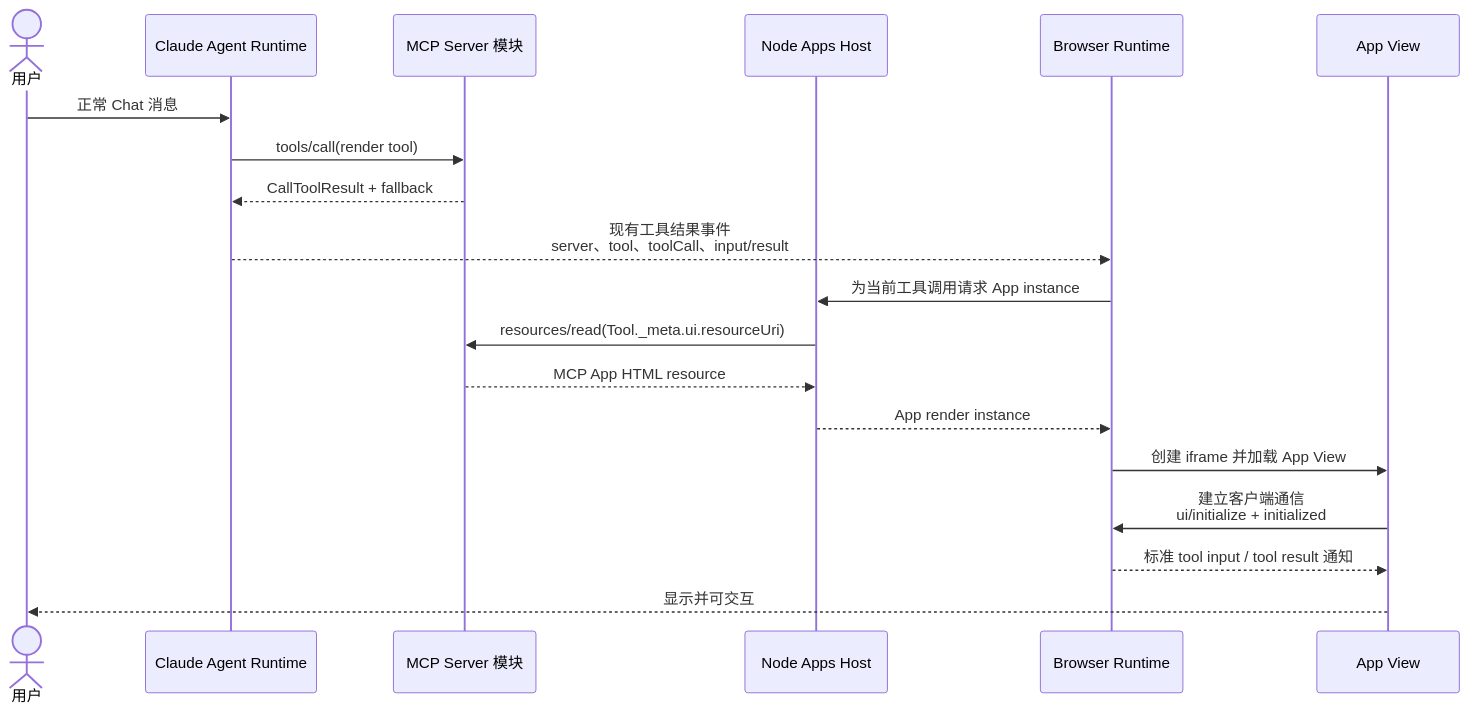
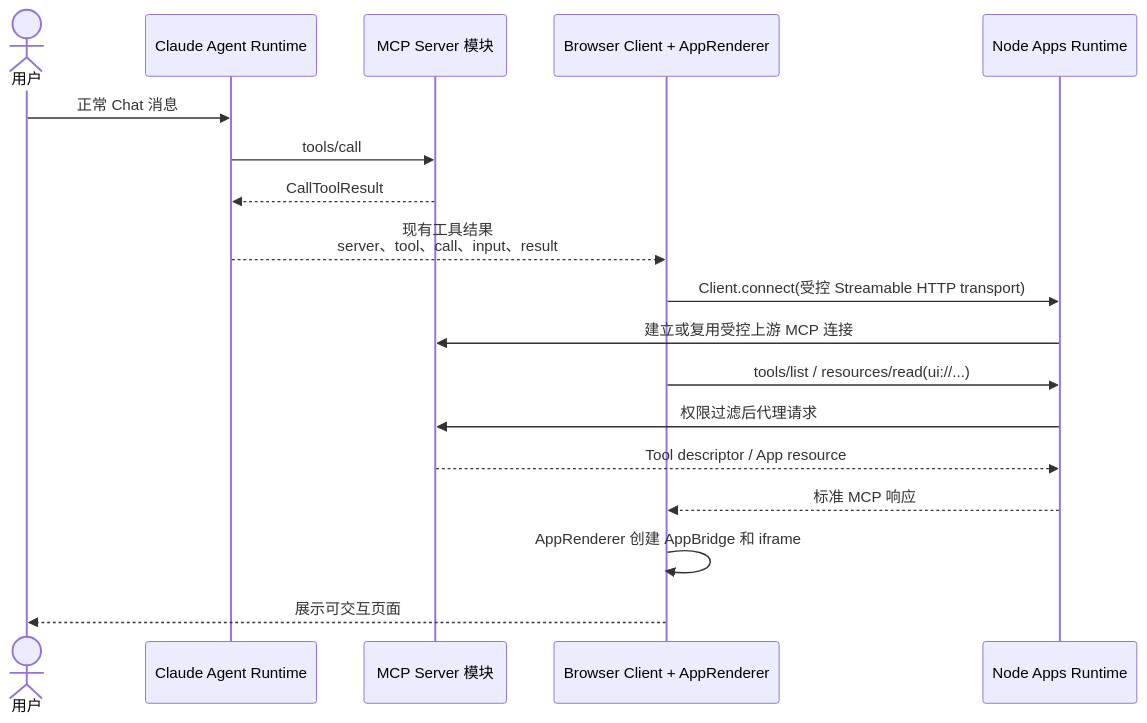
One commit to glide-the/im-dream changed the second of 3 diagrams in docs/design/claude-agent/mcp-apps-integration-strategy.md. Above: the diagram before and after it, drawn with Mermaid. The commit also changed other lines of this file and 7 other files, not shown here.

Commit message:
docs: converge MCP Apps host design

````diff
--- a/docs/design/claude-agent/mcp-apps-integration-strategy.md
+++ b/docs/design/claude-agent/mcp-apps-integration-strategy.md
@@ -95,22 +87,21 @@
 ```mermaid
 sequenceDiagram
     actor U as 用户
     participant A as Claude Agent Runtime
     participant S as MCP Server 模块
-    participant N as Node Apps Host
-    participant B as Browser Runtime
-    participant V as App View
+    participant B as Browser Client + AppRenderer
+    participant N as Node Apps Runtime
 
     U->>A: 正常 Chat 消息
-    A->>S: tools/call(render tool)
-    S-->>A: CallToolResult + fallback
-    A-->>B: 现有工具结果事件<br/>server、tool、toolCall、input/result
-    B->>N: 为当前工具调用请求 App instance
-    N->>S: resources/read(Tool._meta.ui.resourceUri)
-    S-->>N: MCP App HTML resource
-    N-->>B: App render instance
-    B->>V: 创建 iframe 并加载 App View
-    V->>B: 建立客户端通信<br/>ui/initialize + initialized
-    B-->>V: 标准 tool input / tool result 通知
-    V-->>U: 显示并可交互
+    A->>S: tools/call
+    S-->>A: CallToolResult
+    A-->>B: 现有工具结果<br/>server、tool、call、input、result
+    B->>N: Client.connect(受控 Streamable HTTP transport)
+    N->>S: 建立或复用受控上游 MCP 连接
+    B->>N: tools/list / resources/read(ui://...)
+    N->>S: 权限过滤后代理请求
+    S-->>N: Tool descriptor / App resource
+    N-->>B: 标准 MCP 响应
+    B->>B: AppRenderer 创建 AppBridge 和 iframe
+    B-->>U: 展示可交互页面
 ```
````
